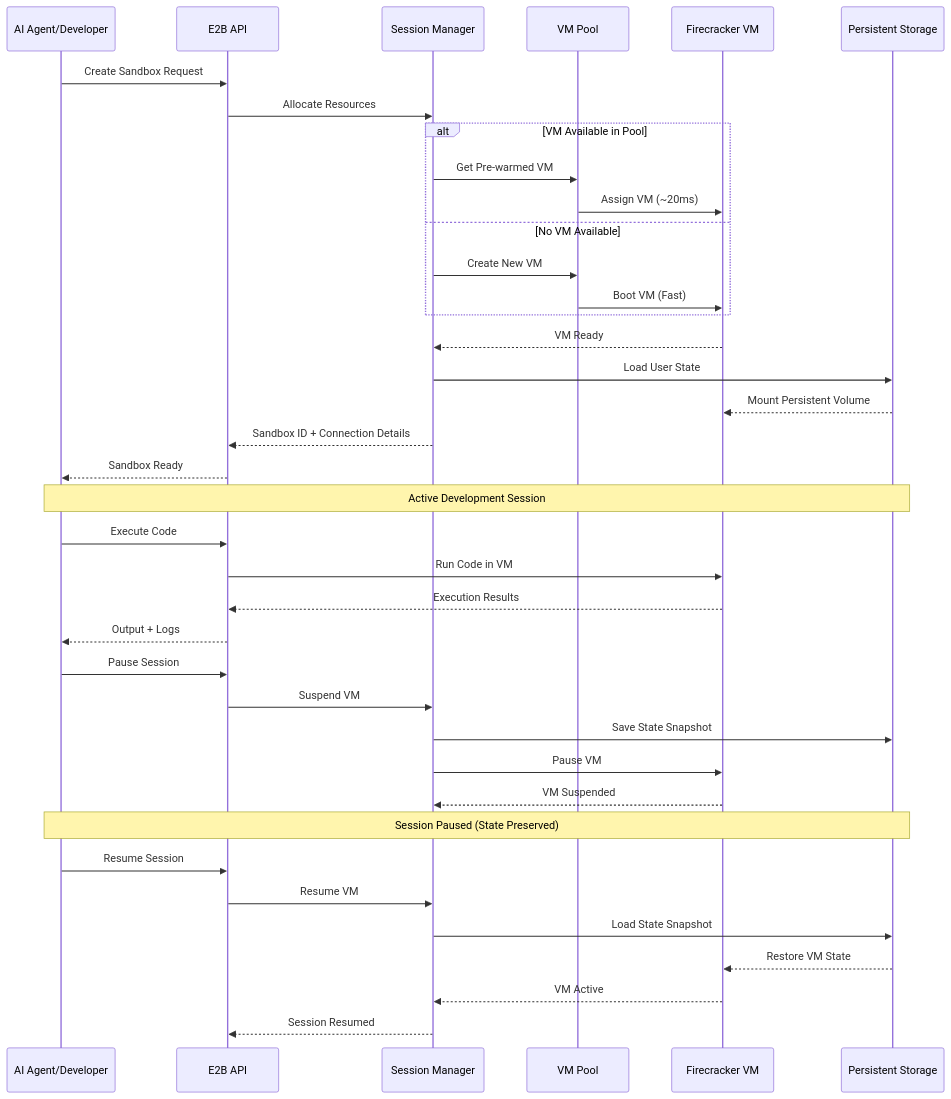
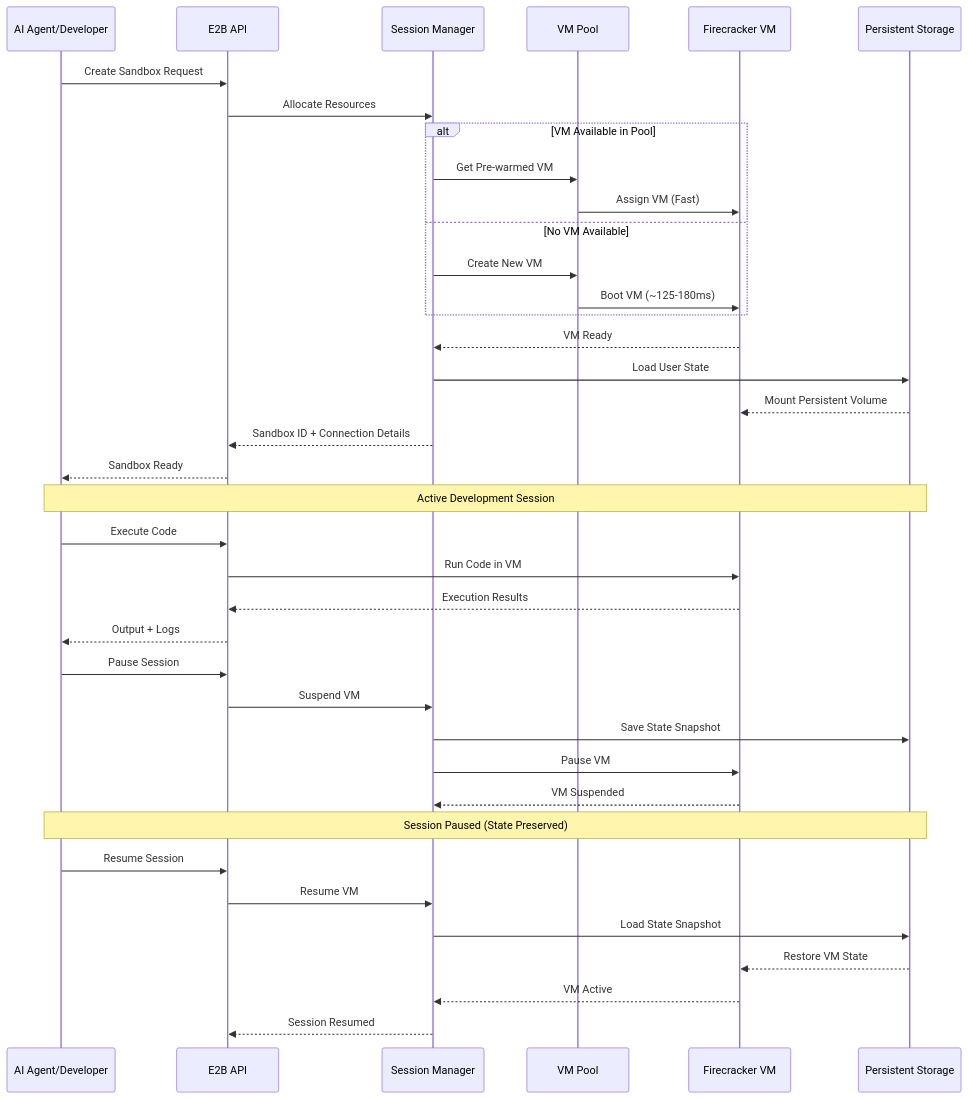
Before and after one commit to dwarvesf/research: the third of 8 diagrams in breakdown/e2b.md, drawn with Mermaid. The commit also changed other lines of this file and 2 other files, not shown here.

````diff
--- a/breakdown/e2b.md
+++ b/breakdown/e2b.md
@@ -191,48 +149,48 @@
 ```mermaid
 sequenceDiagram
     participant Client as AI Agent/Developer
     participant API as E2B API
     participant SessionMgr as Session Manager
     participant VMPool as VM Pool
     participant Firecracker as Firecracker VM
     participant Storage as Persistent Storage
 
     Client->>API: Create Sandbox Request
     API->>SessionMgr: Allocate Resources
 
     alt VM Available in Pool
         SessionMgr->>VMPool: Get Pre-warmed VM
-        VMPool->>Firecracker: Assign VM (~20ms)
+        VMPool->>Firecracker: Assign VM (Fast)
     else No VM Available
         SessionMgr->>VMPool: Create New VM
-        VMPool->>Firecracker: Boot VM (Fast)
+        VMPool->>Firecracker: Boot VM (~125-180ms)
     end
 
     Firecracker-->>SessionMgr: VM Ready
     SessionMgr->>Storage: Load User State
     Storage-->>Firecracker: Mount Persistent Volume
     SessionMgr-->>API: Sandbox ID + Connection Details
     API-->>Client: Sandbox Ready
 
     Note over Client,Storage: Active Development Session
 
     Client->>API: Execute Code
     API->>Firecracker: Run Code in VM
     Firecracker-->>API: Execution Results
     API-->>Client: Output + Logs
 
     Client->>API: Pause Session
     API->>SessionMgr: Suspend VM
     SessionMgr->>Storage: Save State Snapshot
     SessionMgr->>Firecracker: Pause VM
     Firecracker-->>SessionMgr: VM Suspended
 
     Note over Client,Storage: Session Paused (State Preserved)
 
     Client->>API: Resume Session
     API->>SessionMgr: Resume VM
     SessionMgr->>Storage: Load State Snapshot
     Storage-->>Firecracker: Restore VM State
     Firecracker-->>SessionMgr: VM Active
     SessionMgr-->>API: Session Resumed
 ```
````
